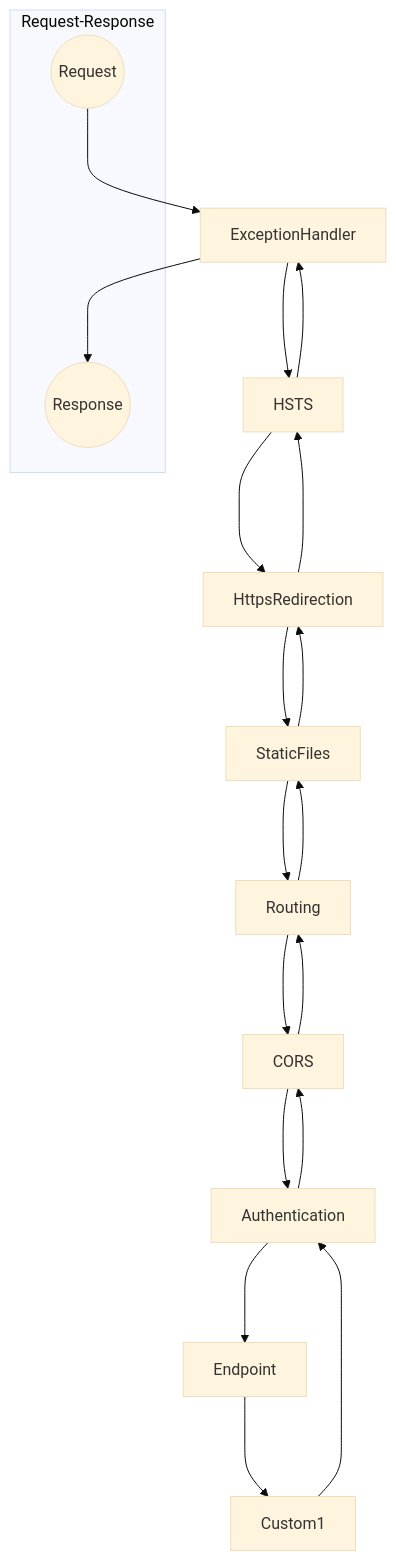
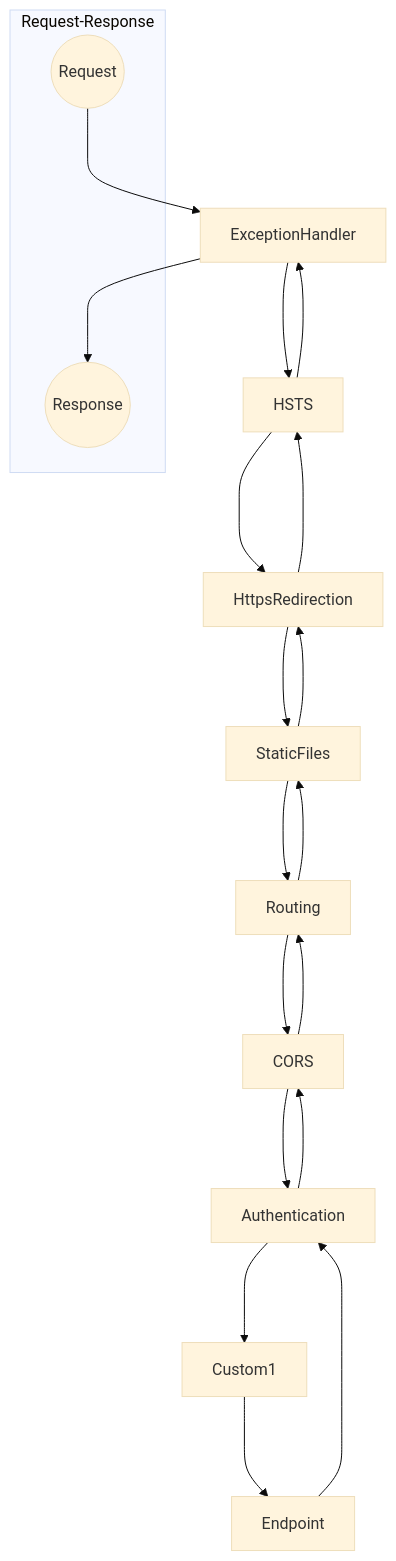
Before and after one commit to Rick-Anderson/MiddlewareMermaid: the diagram in MiddlewareMermaid/d.md, drawn with Mermaid (base theme).

````diff
--- a/MiddlewareMermaid/d.md
+++ b/MiddlewareMermaid/d.md
@@ -1,28 +1,29 @@
 ```mermaid
 graph TD;
     subgraph Request-Response
         Request((Request))
         Response((Response))
     end
     Request--->ExceptionHandler
     ExceptionHandler--->HSTS
     HSTS--->HttpsRedirection
     HttpsRedirection--->StaticFiles
     StaticFiles--->Routing
     Routing--->CORS
     CORS--->Authentication
-    Authentication--->Endpoint
-    Endpoint--->Custom1
-    Custom1--->Authentication
+    Authentication--->Custom1
+    Custom1--->Endpoint
+    Endpoint--->Authentication
     Authentication--->CORS
     CORS--->Routing
     Routing--->StaticFiles
     StaticFiles--->HttpsRedirection
     HttpsRedirection--->HSTS
     HSTS--->ExceptionHandler
     ExceptionHandler--->Response
 
 
 
 
+
 ```
````
